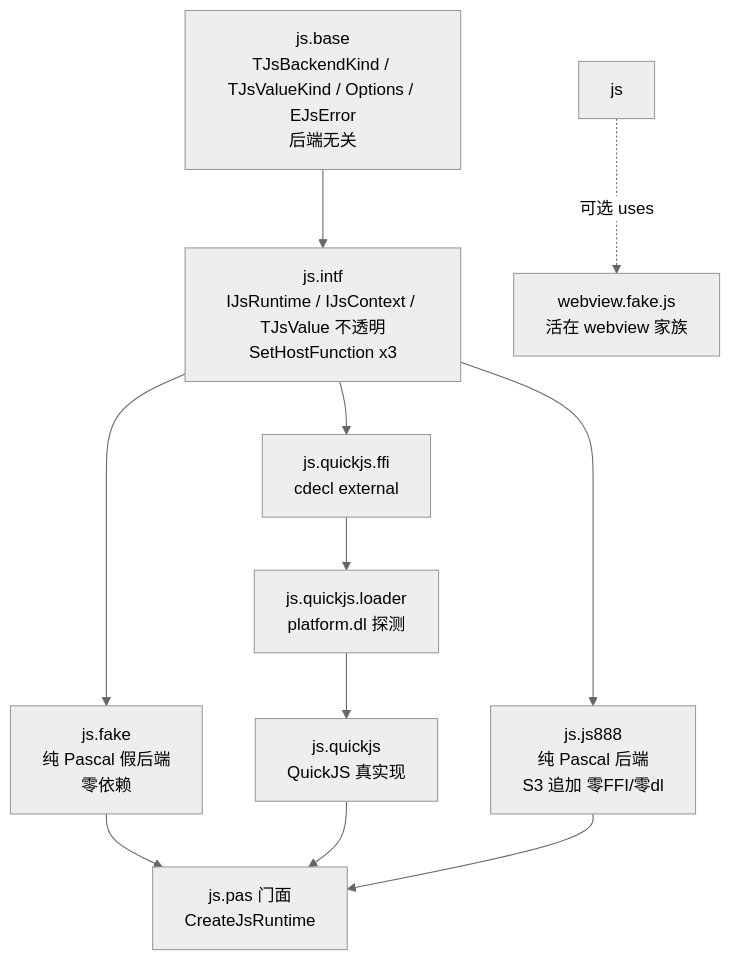
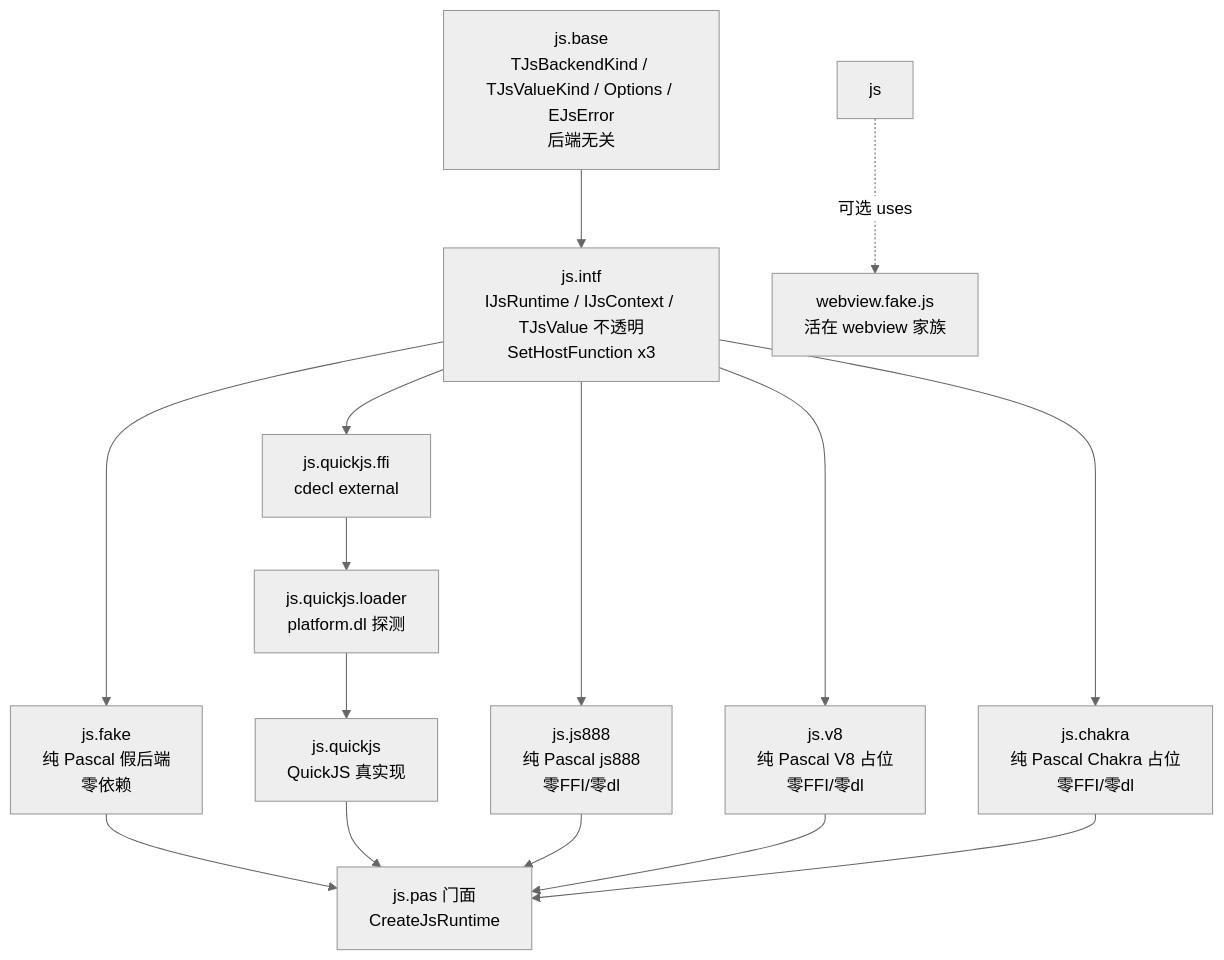
The diagram in core/docs/js/DESIGN.md (dtamade/nextPas), drawn with Mermaid (neutral theme) before and after one commit. The commit also changed other lines of this file and 10 other files, not shown here.

````diff
--- a/core/docs/js/DESIGN.md
+++ b/core/docs/js/DESIGN.md
@@ -9,15 +9,19 @@
 ```mermaid
 flowchart TB
   base["js.base<br/>TJsBackendKind / TJsValueKind / Options / EJsError<br/>后端无关"]
   intf["js.intf<br/>IJsRuntime / IJsContext / TJsValue 不透明<br/>SetHostFunction x3"]
   fake["js.fake<br/>纯 Pascal 假后端<br/>零依赖"]
   ffi["js.quickjs.ffi<br/>cdecl external"]
   loader["js.quickjs.loader<br/>platform.dl 探测"]
   impl["js.quickjs<br/>QuickJS 真实现"]
-  pure["js.js888<br/>纯 Pascal 后端<br/>S3 追加 零FFI/零dl"]
+  pure["js.js888<br/>纯 Pascal js888<br/>零FFI/零dl"]
+  v8["js.v8<br/>纯 Pascal V8 占位<br/>零FFI/零dl"]
+  chakra["js.chakra<br/>纯 Pascal Chakra 占位<br/>零FFI/零dl"]
   facade["js.pas 门面<br/>CreateJsRuntime"]
   base --> intf --> fake --> facade
   intf --> ffi --> loader --> impl --> facade
   intf --> pure --> facade
+  intf --> v8 --> facade
+  intf --> chakra --> facade
   js -. "可选 uses" .-> webview["webview.fake.js<br/>活在 webview 家族"]
 ```
````
